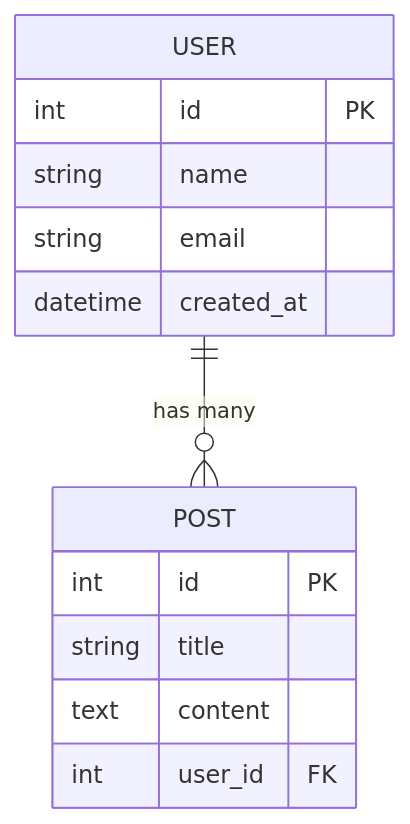
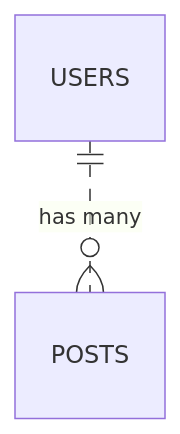
The first of 2 diagrams in README.md (ydah/lagoon), drawn with Mermaid before and after one commit. The commit also changed other lines of this file and 1 other file, not shown here.

Commit message:
Document diagram semantics and supported workflows

````diff
--- a/README.md
+++ b/README.md
@@ -202,18 +141,4 @@
 ```mermaid
 erDiagram
-    USER ||--o{ POST : "has many"
-
-    USER {
-        int id PK
-        string name
-        string email
-        datetime created_at
-    }
-
-    POST {
-        int id PK
-        string title
-        text content
-        int user_id FK
-    }
+    USERS ||..o{ POSTS : "has many"
 ```
````
